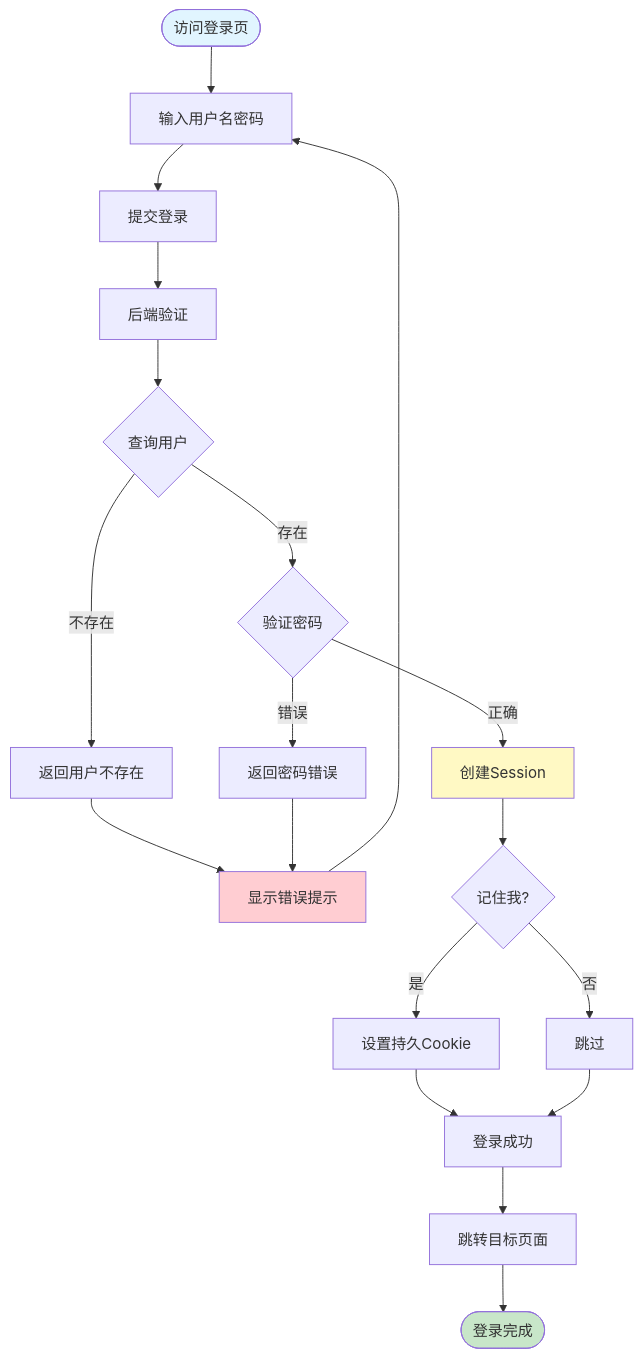
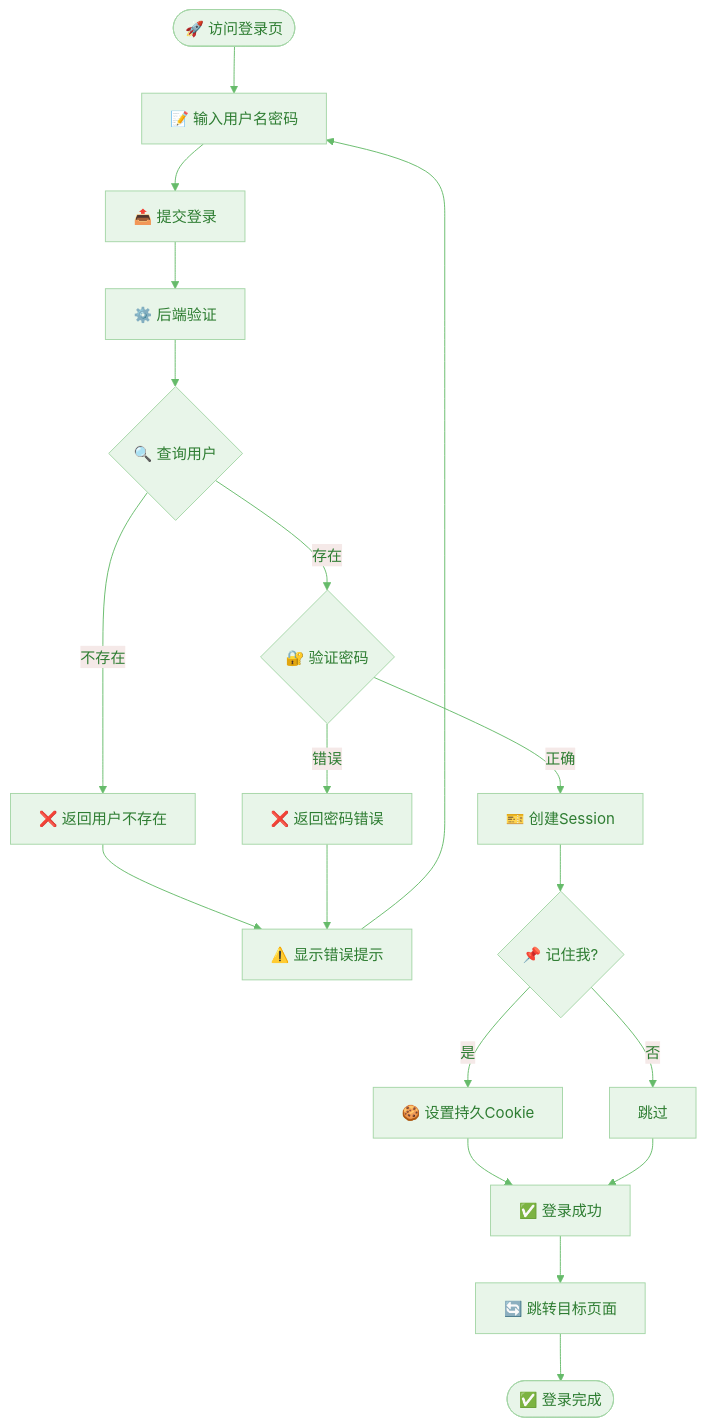
One commit to keyoshoin/movie-website changed the eighth of 18 diagrams in docs/架构设计.md. Above: the diagram before and after it, drawn with Mermaid. The commit also changed other lines of this file, not shown here.

````diff
--- a/docs/架构设计.md
+++ b/docs/架构设计.md
@@ -383,29 +335,25 @@
 ```mermaid
+%%{init: {'theme': 'base', 'themeVariables': { 'primaryColor': '#e8f5e9', 'primaryTextColor': '#2e7d32', 'primaryBorderColor': '#a5d6a7', 'lineColor': '#66bb6a'}}}%%
 flowchart TD
-    Start([访问登录页]) --> Input[输入用户名密码]
-    Input --> Submit[提交登录]
-    Submit --> Backend[后端验证]
-    Backend --> CheckUser{查询用户}
+    Start(["🚀 访问登录页"]) --> Input["📝 输入用户名密码"]
+    Input --> Submit["📤 提交登录"]
+    Submit --> Backend["⚙️ 后端验证"]
+    Backend --> CheckUser{"🔍 查询用户"}
     
-    CheckUser -->|不存在| Error1[返回用户不存在]
-    Error1 --> ShowError[显示错误提示]
+    CheckUser -->|"不存在"| Error1["❌ 返回用户不存在"]
+    Error1 --> ShowError["⚠️ 显示错误提示"]
     ShowError --> Input
     
-    CheckUser -->|存在| CheckPwd{验证密码}
-    CheckPwd -->|错误| Error2[返回密码错误]
+    CheckUser -->|"存在"| CheckPwd{"🔐 验证密码"}
+    CheckPwd -->|"错误"| Error2["❌ 返回密码错误"]
     Error2 --> ShowError
     
-    CheckPwd -->|正确| CreateSession[创建Session]
-    CreateSession --> Remember{记住我?}
-    Remember -->|是| SetCookie[设置持久Cookie]
-    Remember -->|否| Skip[跳过]
+    CheckPwd -->|"正确"| CreateSession["🎫 创建Session"]
+    CreateSession --> Remember{"📌 记住我?"}
+    Remember -->|"是"| SetCookie["🍪 设置持久Cookie"]
+    Remember -->|"否"| Skip["跳过"]
     SetCookie --> Success
-    Skip --> Success[登录成功]
-    Success --> Redirect[跳转目标页面]
-    Redirect --> End([登录完成])
-    
-    style Start fill:#e1f5ff
-    style End fill:#c8e6c9
-    style ShowError fill:#ffcdd2
-    style CreateSession fill:#fff9c4
+    Skip --> Success["✅ 登录成功"]
+    Success --> Redirect["🔄 跳转目标页面"]
+    Redirect --> End(["✅ 登录完成"])
 ```
````
